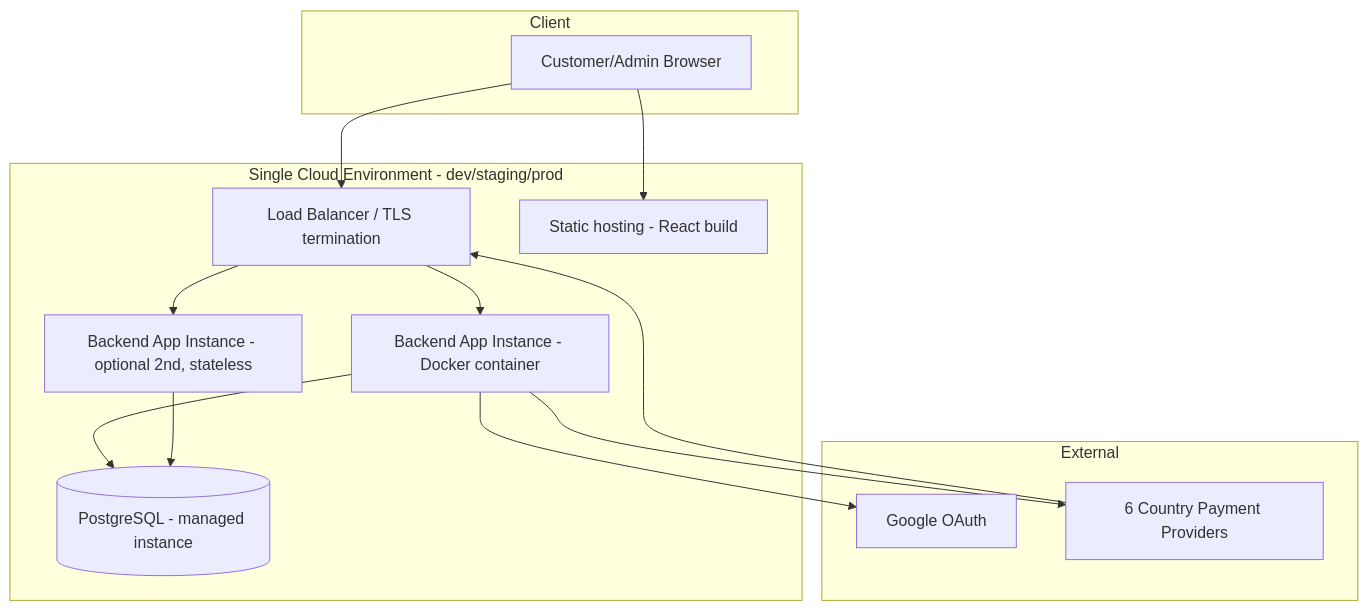
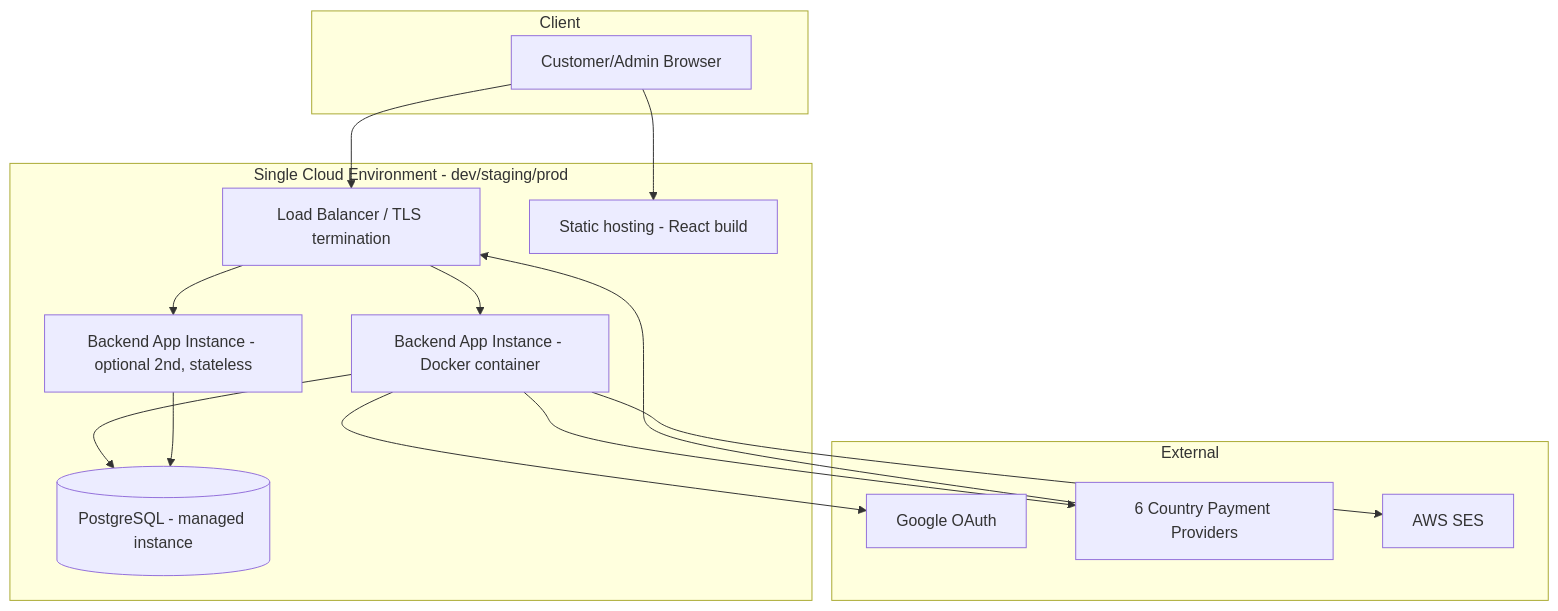
One commit to DzmitryKamashkaInt/business_analysys_pipeline changed diagram 11 of 11 in projects/rumica-starter/ready-for-evaluation/architecture-specification.md. Above: the diagram before and after it, drawn with Mermaid. The commit also changed other lines of this file and 1 other file, not shown here.

````diff
--- a/projects/rumica-starter/ready-for-evaluation/architecture-specification.md
+++ b/projects/rumica-starter/ready-for-evaluation/architecture-specification.md
@@ -316,29 +377,31 @@
 ```mermaid
 graph TD
     subgraph Client
         Browser[Customer/Admin Browser]
     end
 
     subgraph Hosting[Single Cloud Environment - dev/staging/prod]
         LB[Load Balancer / TLS termination]
         App1[Backend App Instance - Docker container]
         App2[Backend App Instance - optional 2nd, stateless]
         PG[(PostgreSQL - managed instance)]
         Static[Static hosting - React build]
     end
 
     subgraph External
         GoogleOAuthExt[Google OAuth]
         PayProviders[6 Country Payment Providers]
+        SESExt[AWS SES]
     end
 
     Browser --> Static
     Browser --> LB
     LB --> App1
     LB --> App2
     App1 --> PG
     App2 --> PG
     App1 --> GoogleOAuthExt
     App1 --> PayProviders
+    App1 --> SESExt
     PayProviders --> LB
 ```
````
